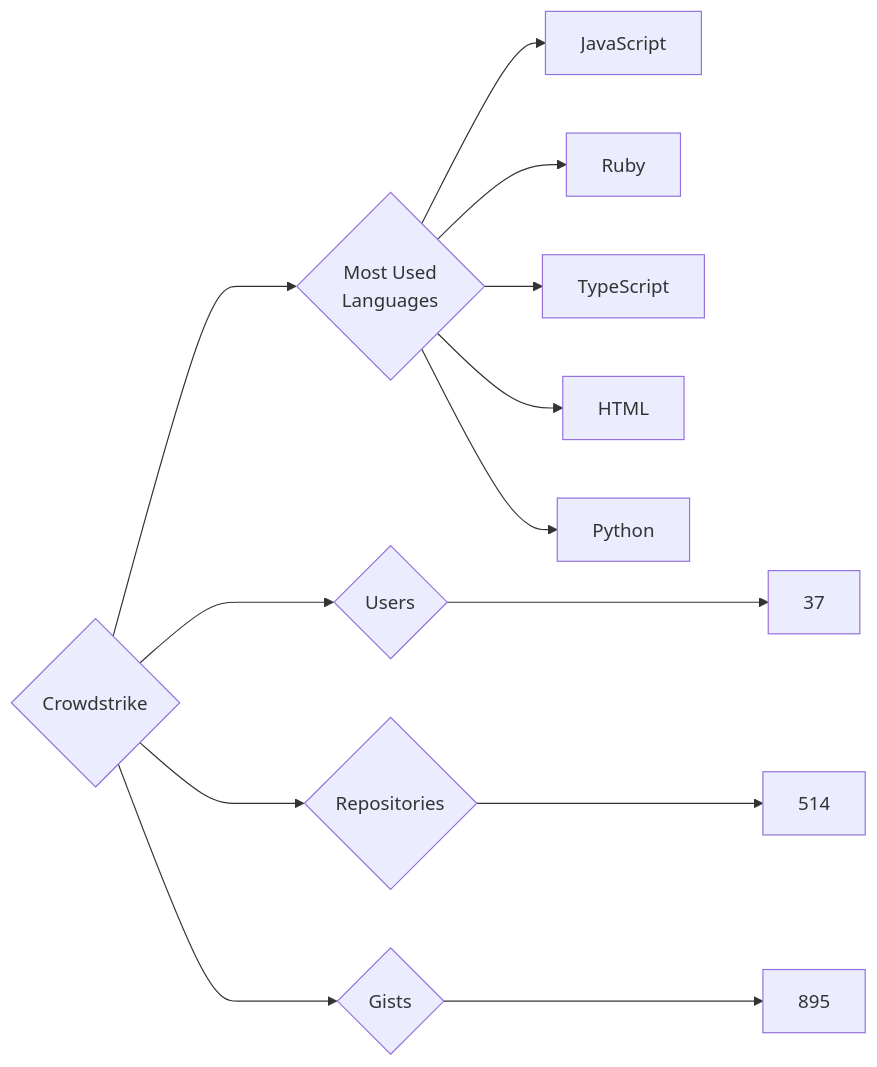
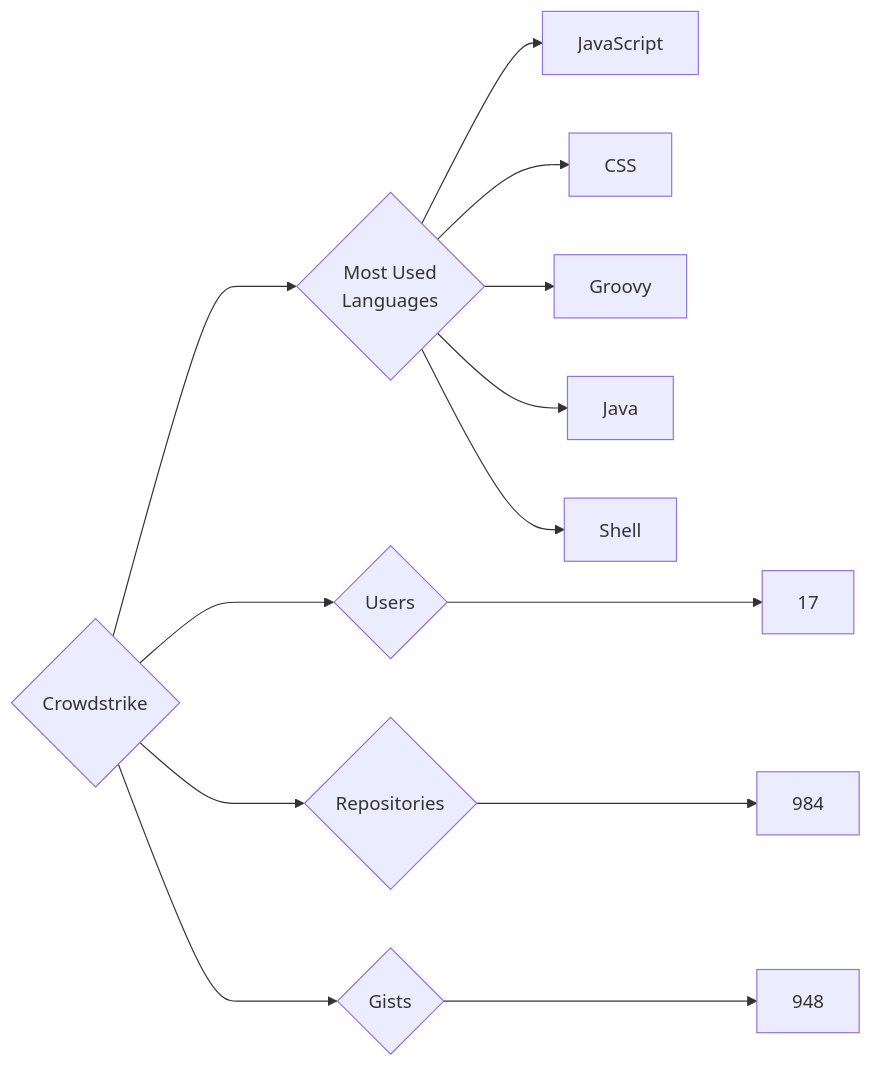
The diagram in targets/Crowdstrike/README.md (trickest/insiders), drawn with Mermaid before and after one commit. The commit also changed 899 other files, not shown here.

````diff
--- a/targets/Crowdstrike/README.md
+++ b/targets/Crowdstrike/README.md
@@ -3,13 +3,13 @@
 ```mermaid
 graph LR
 COMPANY_NAME{Crowdstrike}
-COMPANY_NAME ---> U{Users} ---> UN[37]
-COMPANY_NAME ---> R{Repositories} ---> RN[514]
-COMPANY_NAME ---> G{Gists} ---> GN[895]
+COMPANY_NAME ---> U{Users} ---> UN[17]
+COMPANY_NAME ---> R{Repositories} ---> RN[984]
+COMPANY_NAME ---> G{Gists} ---> GN[948]
 COMPANY_NAME ---> ML{Most Used<br>Languages}
 ML --> JavaScript[JavaScript]
-ML --> Ruby[Ruby]
-ML --> TypeScript[TypeScript]
-ML --> HTML[HTML]
-ML --> Python[Python]
+ML --> CSS[CSS]
+ML --> Groovy[Groovy]
+ML --> Java[Java]
+ML --> Shell[Shell]
 ```
````
